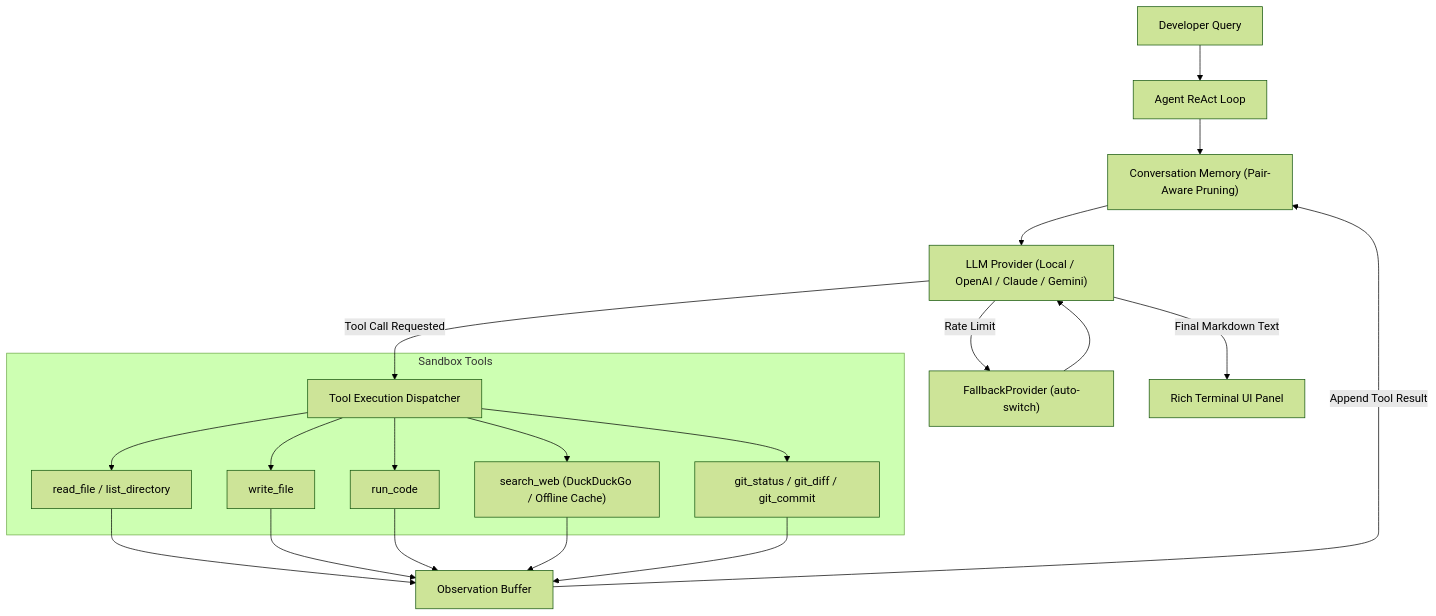
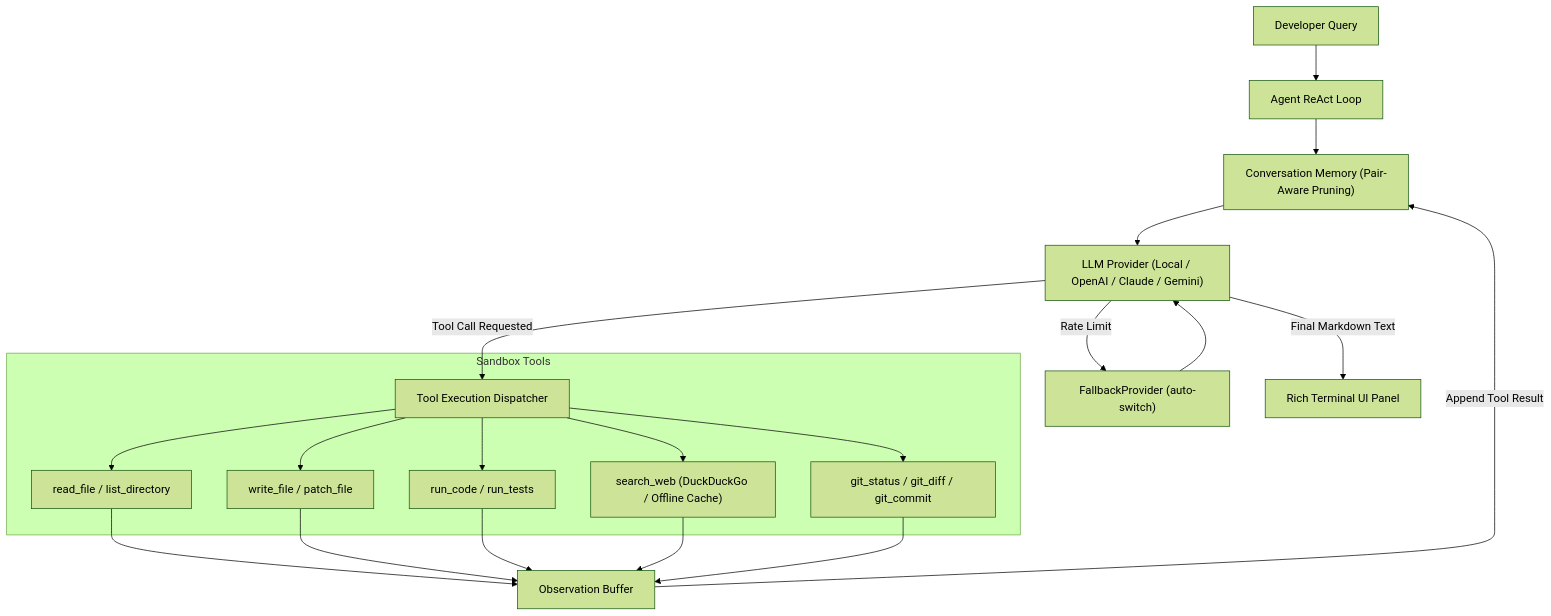
The diagram in README.md (Yash1bajpai/nexus-agent), drawn with Mermaid (forest theme) before and after one commit. The commit also changed other lines of this file and 3 other files, not shown here.

````diff
--- a/README.md
+++ b/README.md
@@ -114,26 +114,26 @@
 ```mermaid
 graph TD
     User["Developer Query"] --> Core["Agent ReAct Loop"]
     Core --> Mem["Conversation Memory (Pair-Aware Pruning)"]
     Mem --> Provider["LLM Provider (Local / OpenAI / Claude / Gemini)"]
     Provider -->|Tool Call Requested| Dispatcher["Tool Execution Dispatcher"]
     Provider -->|Rate Limit| Fallback["FallbackProvider (auto-switch)"]
     Fallback --> Provider
     
     subgraph Sandbox Tools
         Dispatcher --> RF["read_file / list_directory"]
-        Dispatcher --> WF["write_file"]
-        Dispatcher --> RC["run_code"]
+        Dispatcher --> WF["write_file / patch_file"]
+        Dispatcher --> RC["run_code / run_tests"]
         Dispatcher --> WEB["search_web (DuckDuckGo / Offline Cache)"]
         Dispatcher --> GIT["git_status / git_diff / git_commit"]
     end
     
     RF --> Obs["Observation Buffer"]
     WF --> Obs
     RC --> Obs
     WEB --> Obs
     GIT --> Obs
     
     Obs -->|Append Tool Result| Mem
     Provider -->|Final Markdown Text| UI["Rich Terminal UI Panel"]
 ```
````
